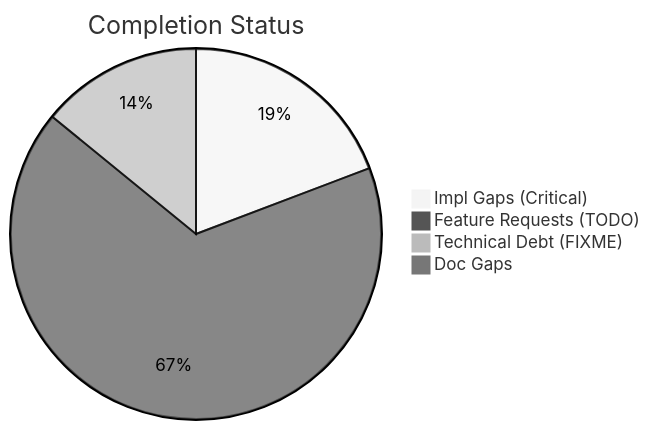
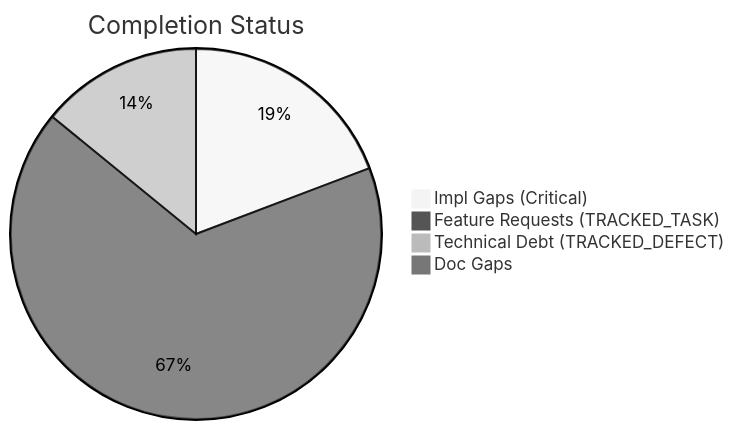
One commit to D-sorganization/Tools changed the first of 2 diagrams in docs/assessments/completist/Completist_Report_2026-03-15.md. Above: the diagram before and after it, drawn with Mermaid (neutral theme). The commit also changed other lines of this file and 101 other files, not shown here.

````diff
--- a/docs/assessments/completist/Completist_Report_2026-03-15.md
+++ b/docs/assessments/completist/Completist_Report_2026-03-15.md
@@ -11,7 +11,7 @@
 ```mermaid
 pie title Completion Status
     "Impl Gaps (Critical)" : 15
-    "Feature Requests (TODO)" : 52
-    "Technical Debt (FIXME)" : 11
+    "Feature Requests (TRACKED_TASK)" : 52
+    "Technical Debt (TRACKED_DEFECT)" : 11
     "Doc Gaps" : 0
 ```
````
